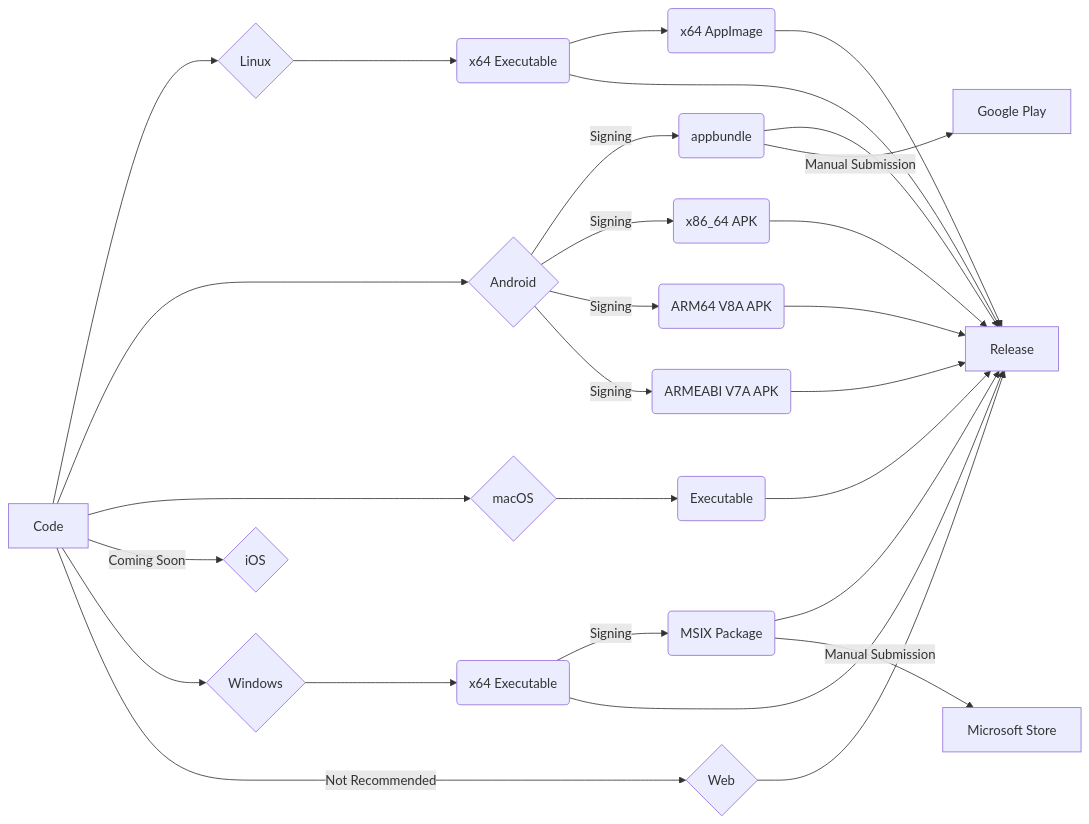
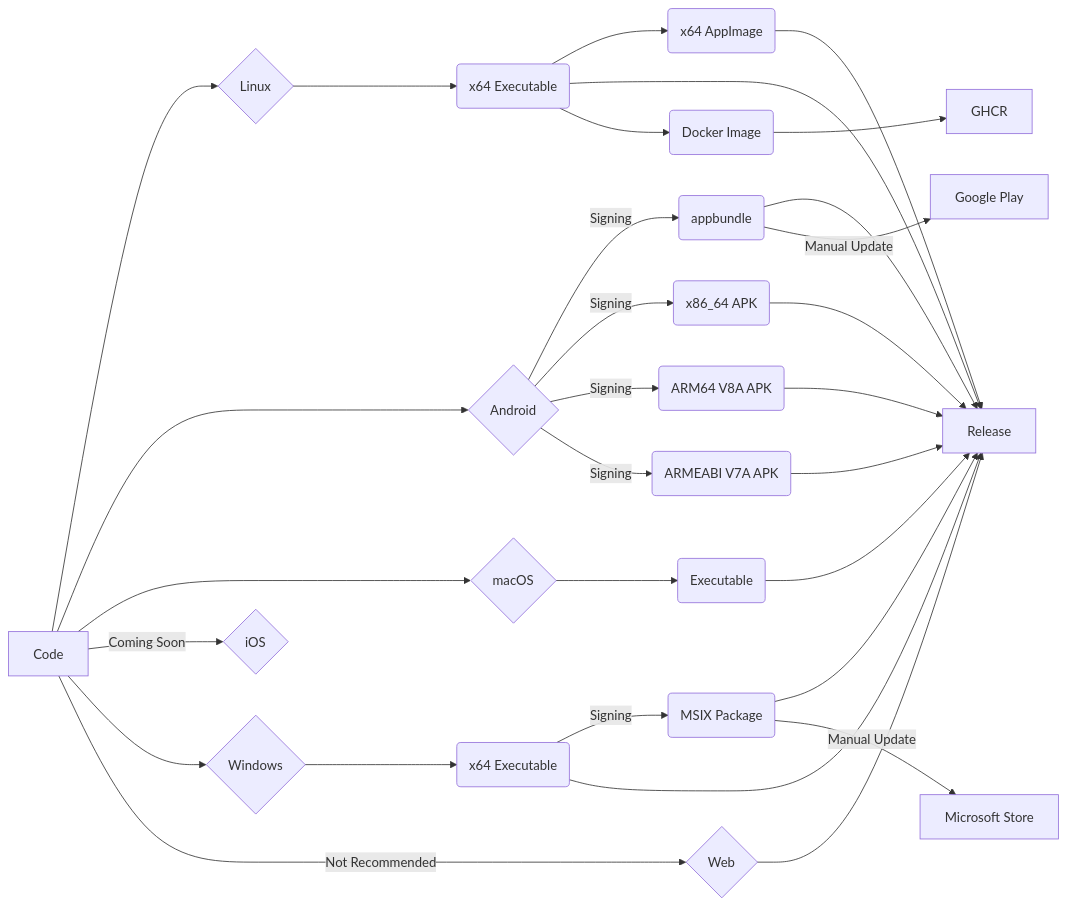
Before and after one commit to bitscoper/Bitscoper_Cyber_ToolBox: the diagram in README.md, drawn with Mermaid. The commit also changed other lines of this file and 2 other files, not shown here.

````diff
--- a/README.md
+++ b/README.md
@@ -35,38 +35,40 @@
 ```mermaid
 flowchart LR
 
 Code[Code] --> Linux{Linux}
 Linux --> Linux_x64_Executable(x64 Executable)
 Linux_x64_Executable --> Linux_x64_AppImage(x64 AppImage)
 
 Code --> Android{Android}
 Android --> |Signing| Android_appbundle(appbundle)
 Android --> |Signing| Android_x86_64_APK(x86_64 APK)
 Android --> |Signing| Android_ARM64_V8A_APK(ARM64 V8A APK)
 Android --> |Signing| Android_ARMEABI_V7A_APK(ARMEABI V7A APK)
 
 Code --> macOS{macOS}
 macOS --> macOS_Executable(Executable)
 
 Code --> |Coming Soon| iOS{iOS}
 
 Code --> Windows{Windows}
 Windows --> Windows_x64_Executable(x64 Executable)
 Windows_x64_Executable --> |Signing| Windows_x64_MSIX_Package(MSIX Package)
 
 Code --> |Not Recommended| Web{Web}
 
 Linux_x64_Executable --> Release[Release]
 Linux_x64_AppImage --> Release[Release]
 Android_appbundle --> Release[Release]
 Android_x86_64_APK --> Release[Release]
 Android_ARM64_V8A_APK --> Release[Release]
 Android_ARMEABI_V7A_APK --> Release[Release]
 macOS_Executable --> Release[Release]
 Windows_x64_Executable --> Release[Release]
 Windows_x64_MSIX_Package --> Release[Release]
 Web --> Release[Release]
 
-Android_appbundle --> |Manual Submission| Google_Play[Google Play]
-Windows_x64_MSIX_Package --> |Manual Submission| Microsoft_Store[Microsoft Store]
+Android_appbundle --> |Manual Update| Google_Play[Google Play]
+Windows_x64_MSIX_Package --> |Manual Update| Microsoft_Store[Microsoft Store]
+
+Linux_x64_Executable --> Docker_Image(Docker Image) --> GHCR[GHCR]
 ```
````
